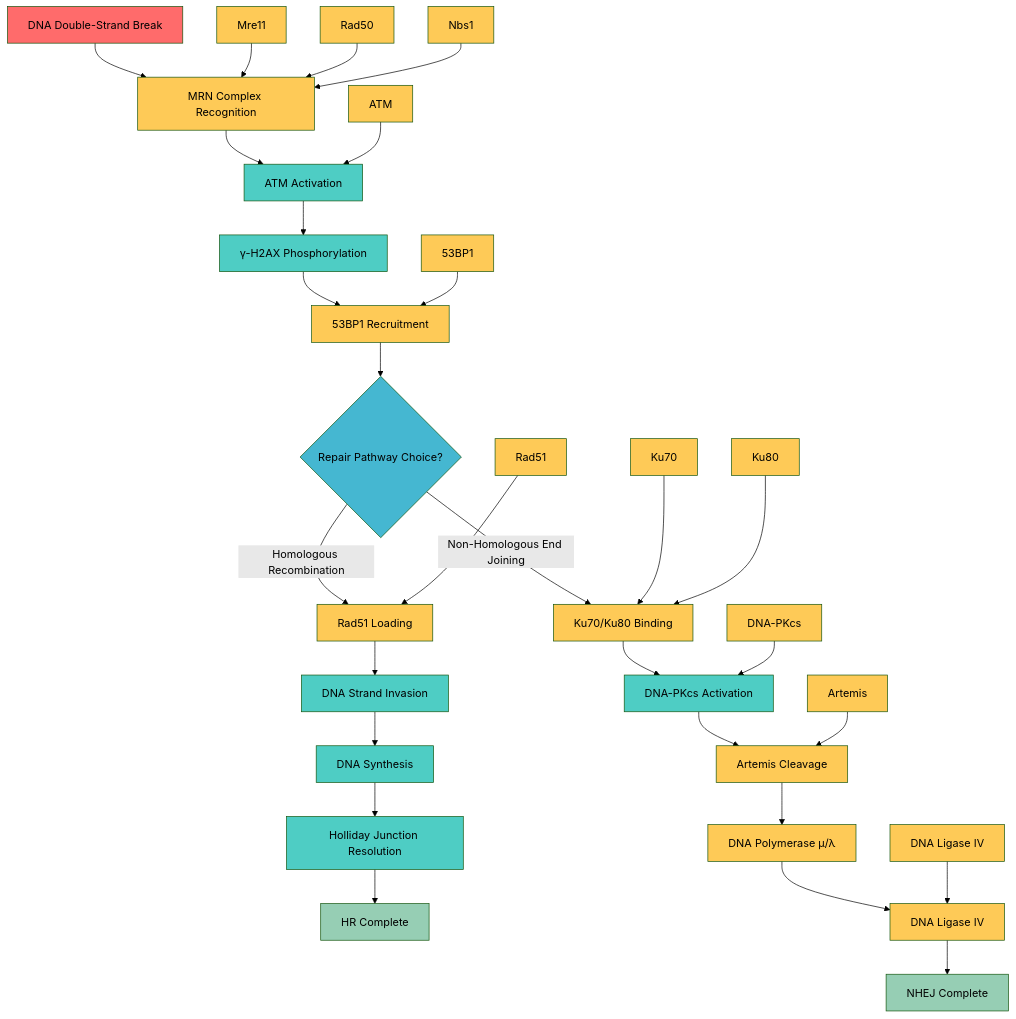
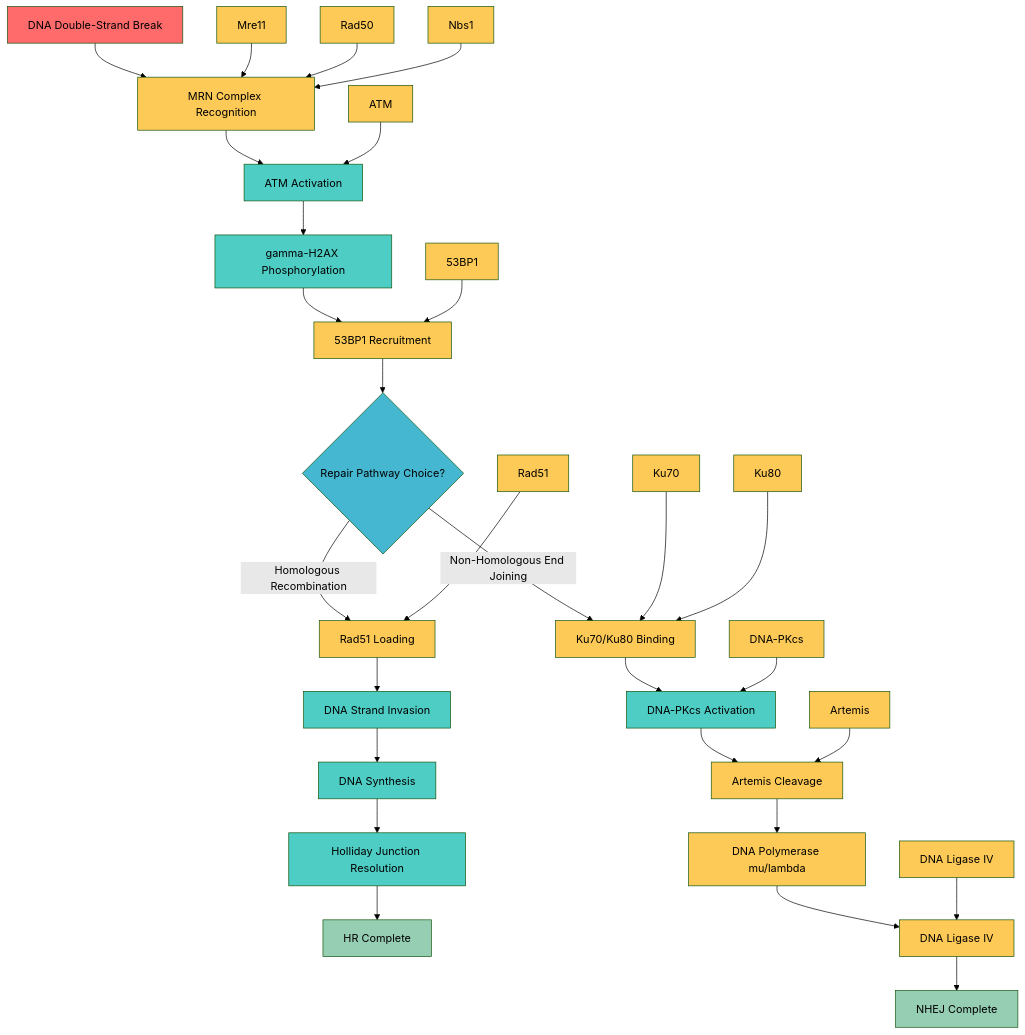
Before and after one commit to garywelz/glmp: the diagram in docs/paper/community/contributions/new_charts/batch1_07_double_strand_break_repair.mmd, drawn with Mermaid (forest theme). The commit also changed 30 other files, not shown here.

Commit message:
Update greek letters and prime notation in multiple diagrams

```diff
--- a/docs/paper/community/contributions/new_charts/batch1_07_double_strand_break_repair.mmd
+++ b/docs/paper/community/contributions/new_charts/batch1_07_double_strand_break_repair.mmd
@@ -1,62 +1,62 @@
 graph TD
     A[DNA Double-Strand Break] --> B[MRN Complex Recognition]
     B --> C[ATM Activation]
-    C --> D[γ-H2AX Phosphorylation]
+    C --> D[gamma-H2AX Phosphorylation]
     D --> E[53BP1 Recruitment]
     E --> F{Repair Pathway Choice?}
     F -->|Homologous Recombination| G[Rad51 Loading]
     F -->|Non-Homologous End Joining| H[Ku70/Ku80 Binding]
     
     G --> I[DNA Strand Invasion]
     I --> J[DNA Synthesis]
     J --> K[Holliday Junction Resolution]
     K --> L[HR Complete]
     
     H --> M[DNA-PKcs Activation]
     M --> N[Artemis Cleavage]
-    N --> O[DNA Polymerase μ/λ]
+    N --> O[DNA Polymerase mu/lambda]
     O --> P[DNA Ligase IV]
     P --> Q[NHEJ Complete]
     
     %% Key proteins
     R[Mre11] --> B
     S[Rad50] --> B
     T[Nbs1] --> B
     U[ATM] --> C
     V[53BP1] --> E
     W[Rad51] --> G
     X[Ku70] --> H
     Y[Ku80] --> H
     Z[DNA-PKcs] --> M
     AA[Artemis] --> N
     BB[DNA Ligase IV] --> P
     
     %% Styling
     style A fill:#ff6b6b
     style B fill:#feca57
     style C fill:#4ecdc4
     style D fill:#4ecdc4
     style E fill:#feca57
     style F fill:#45b7d1
     style G fill:#feca57
     style H fill:#feca57
     style I fill:#4ecdc4
     style J fill:#4ecdc4
     style K fill:#4ecdc4
     style L fill:#96ceb4
     style M fill:#4ecdc4
     style N fill:#feca57
     style O fill:#feca57
     style P fill:#feca57
     style Q fill:#96ceb4
     style R fill:#feca57
     style S fill:#feca57
     style T fill:#feca57
     style U fill:#feca57
     style V fill:#feca57
     style W fill:#feca57
     style X fill:#feca57
     style Y fill:#feca57
     style Z fill:#feca57
     style AA fill:#feca57
     style BB fill:#feca57
```
